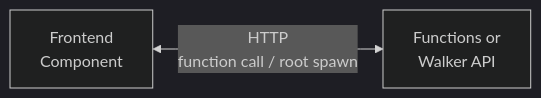
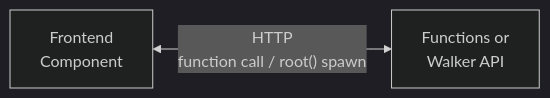
The diagram in jac-gpt/server/docs/tutorials/fullstack/backend.md (chrstophr/Agentic-AI), drawn with Mermaid (dark theme) before and after one commit. The commit also changed other lines of this file and 30 other files, not shown here.

````diff
--- a/jac-gpt/server/docs/tutorials/fullstack/backend.md
+++ b/jac-gpt/server/docs/tutorials/fullstack/backend.md
@@ -23,4 +23,4 @@
 ```mermaid
 graph LR
-    Frontend["Frontend<br/>Component"] <-- "HTTP<br/>function call / root spawn" --> Backend["Functions or<br/>Walker API"]
+    Frontend["Frontend<br/>Component"] <-- "HTTP<br/>function call / root() spawn" --> Backend["Functions or<br/>Walker API"]
 ```
````
